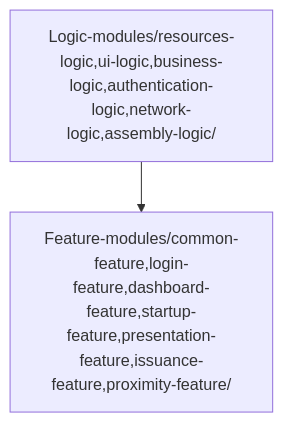
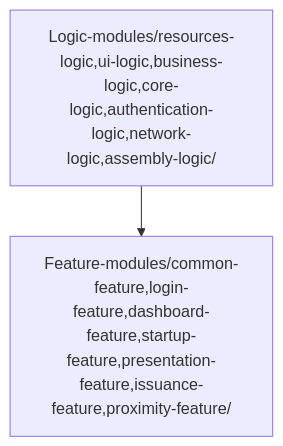
One commit to eu-digital-identity-wallet/eudi-app-android-wallet-ui changed the diagram in README.md. Above: the diagram before and after it, drawn with Mermaid. The commit also changed other lines of this file and 59 other files, not shown here.

Commit message:
Moved WalletCore Logic to separate module

````diff
--- a/README.md
+++ b/README.md
@@ -188,4 +190,4 @@
 ```mermaid
 graph TD;
-    Logic-modules/resources-logic,ui-logic,business-logic,authentication-logic,network-logic,assembly-logic/-->Feature-modules/common-feature,login-feature,dashboard-feature,startup-feature,presentation-feature,issuance-feature,proximity-feature/;
+    Logic-modules/resources-logic,ui-logic,business-logic,core-logic,authentication-logic,network-logic,assembly-logic/-->Feature-modules/common-feature,login-feature,dashboard-feature,startup-feature,presentation-feature,issuance-feature,proximity-feature/;
 ```
````
